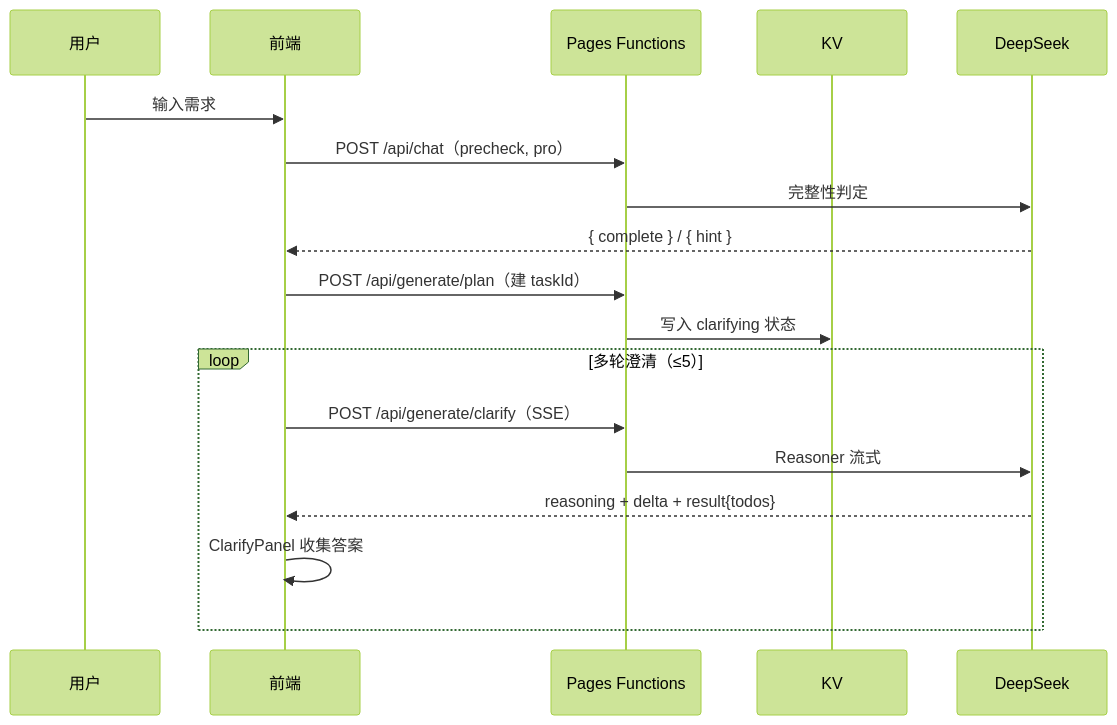
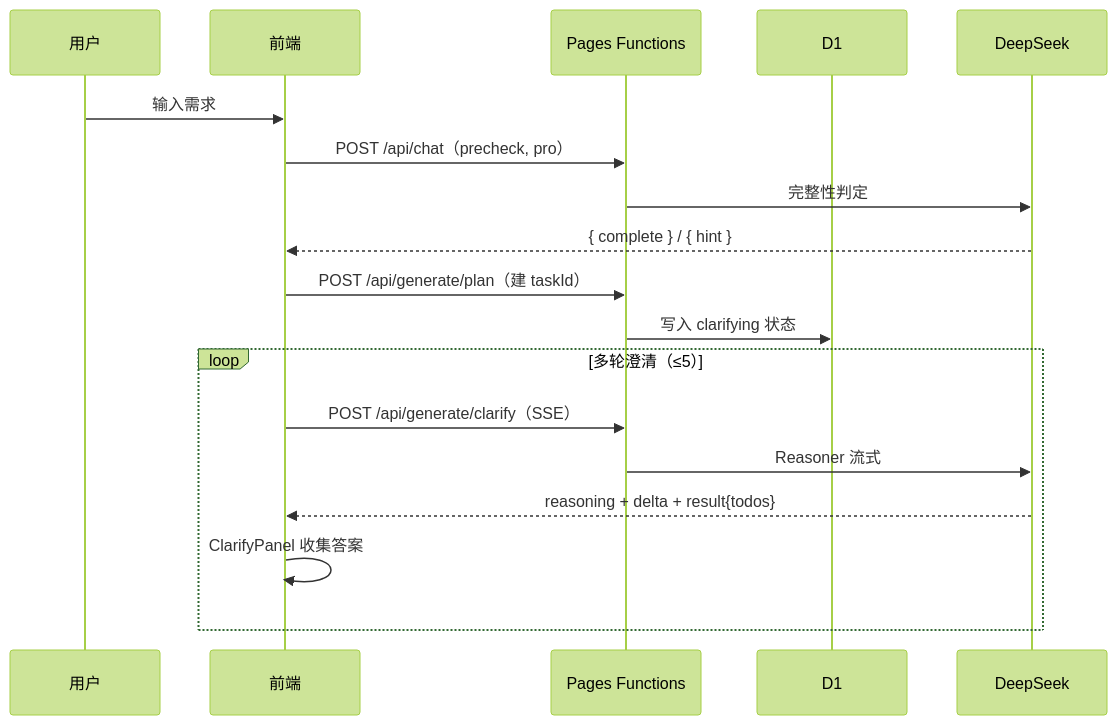
One commit to superwfox/minecraft-dev changed the second of 3 diagrams in docs/technical/architecture.md. Above: the diagram before and after it, drawn with Mermaid (forest theme). The commit also changed other lines of this file and 18 other files, not shown here.

````diff
--- a/docs/technical/architecture.md
+++ b/docs/technical/architecture.md
@@ -110,21 +112,21 @@
 ```mermaid
 sequenceDiagram
     participant U as 用户
     participant F as 前端
     participant API as Pages Functions
-    participant KV as KV
+    participant D1 as D1
     participant AI as DeepSeek
 
     U->>F: 输入需求
     F->>API: POST /api/chat（precheck, pro）
     API->>AI: 完整性判定
     AI-->>F: { complete } / { hint }
     F->>API: POST /api/generate/plan（建 taskId）
-    API->>KV: 写入 clarifying 状态
+    API->>D1: 写入 clarifying 状态
     loop 多轮澄清（≤5）
         F->>API: POST /api/generate/clarify（SSE）
         API->>AI: Reasoner 流式
         AI-->>F: reasoning + delta + result{todos}
         F->>F: ClarifyPanel 收集答案
     end
 ```
````
